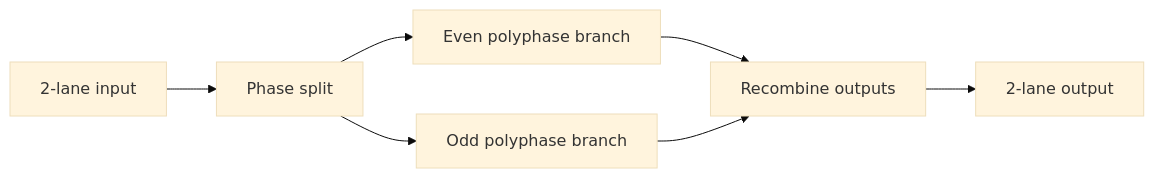
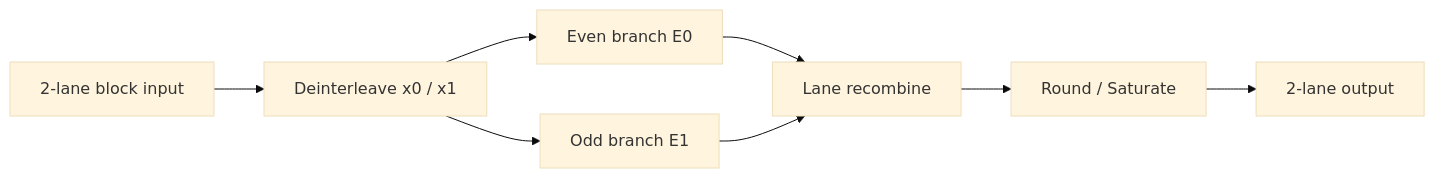
Before and after one commit to AIALRA-0/FIR-Lowpass-Filter: the diagram in docs/assets/dfg/l2_polyphase.mmd, drawn with Mermaid (base theme). The commit also changed 88 other files, not shown here.

```diff
--- a/docs/assets/dfg/l2_polyphase.mmd
+++ b/docs/assets/dfg/l2_polyphase.mmd
@@ -1,7 +1,8 @@
 flowchart LR
-    IN[2-lane input] --> DEMUX[Phase split]
-    DEMUX --> E0[Even polyphase branch]
-    DEMUX --> E1[Odd polyphase branch]
-    E0 --> COMB[Recombine outputs]
+    IN[2-lane block input] --> DEMUX[Deinterleave x0 / x1]
+    DEMUX --> E0[Even branch E0]
+    DEMUX --> E1[Odd branch E1]
+    E0 --> COMB[Lane recombine]
     E1 --> COMB
-    COMB --> OUT[2-lane output]
+    COMB --> QS[Round / Saturate]
+    QS --> OUT[2-lane output]
```
